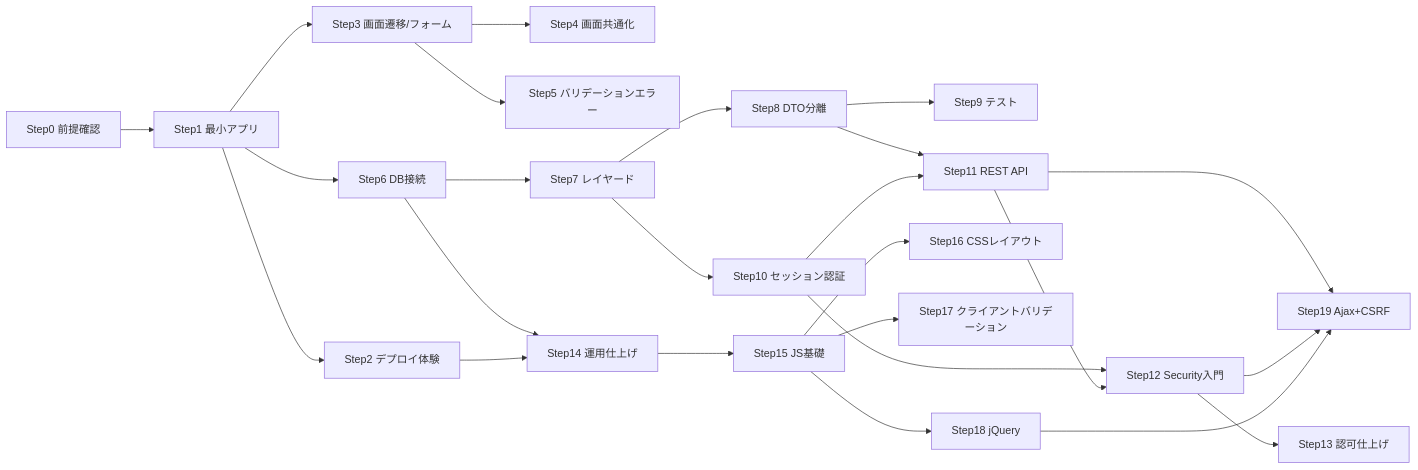
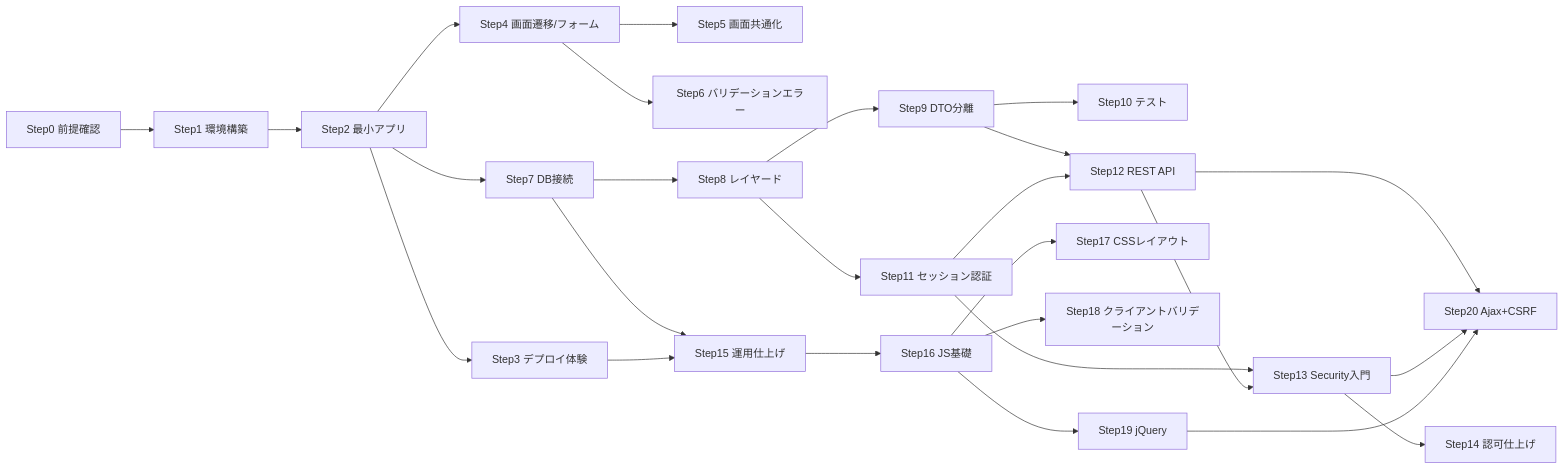
One commit to AsamiShingo/learning-springboot changed the diagram in references/curriculum-template.md. Above: the diagram before and after it, drawn with Mermaid. The commit also changed other lines of this file and 2 other files, not shown here.

Commit message:
STEP0を詳細化

````diff
--- a/references/curriculum-template.md
+++ b/references/curriculum-template.md
@@ -23,27 +23,28 @@
 ```mermaid
 graph LR
-  S0[Step0 前提確認] --> S1[Step1 最小アプリ]
-  S1 --> S2[Step2 デプロイ体験]
-  S1 --> S3[Step3 画面遷移/フォーム]
-  S3 --> S4[Step4 画面共通化]
-  S3 --> S5[Step5 バリデーションエラー]
-  S1 --> S6[Step6 DB接続]
-  S6 --> S7[Step7 レイヤード]
-  S7 --> S8[Step8 DTO分離]
-  S8 --> S9[Step9 テスト]
-  S7 --> S10[Step10 セッション認証]
-  S8 --> S11[Step11 REST API]
-  S10 --> S11
-  S10 --> S12[Step12 Security入門]
+  S0[Step0 前提確認] --> S1[Step1 環境構築]
+  S1 --> S2[Step2 最小アプリ]
+  S2 --> S3[Step3 デプロイ体験]
+  S2 --> S4[Step4 画面遷移/フォーム]
+  S4 --> S5[Step5 画面共通化]
+  S4 --> S6[Step6 バリデーションエラー]
+  S2 --> S7[Step7 DB接続]
+  S7 --> S8[Step8 レイヤード]
+  S8 --> S9[Step9 DTO分離]
+  S9 --> S10[Step10 テスト]
+  S8 --> S11[Step11 セッション認証]
+  S9 --> S12[Step12 REST API]
   S11 --> S12
-  S12 --> S13[Step13 認可仕上げ]
-  S6 --> S14[Step14 運用仕上げ]
-  S2 --> S14
-  S14 --> S15[Step15 JS基礎]
-  S15 --> S16[Step16 CSSレイアウト]
-  S15 --> S17[Step17 クライアントバリデーション]
-  S15 --> S18[Step18 jQuery]
-  S11 --> S19[Step19 Ajax+CSRF]
-  S12 --> S19
-  S18 --> S19
+  S11 --> S13[Step13 Security入門]
+  S12 --> S13
+  S13 --> S14[Step14 認可仕上げ]
+  S7 --> S15[Step15 運用仕上げ]
+  S3 --> S15
+  S15 --> S16[Step16 JS基礎]
+  S16 --> S17[Step17 CSSレイアウト]
+  S16 --> S18[Step18 クライアントバリデーション]
+  S16 --> S19[Step19 jQuery]
+  S12 --> S20[Step20 Ajax+CSRF]
+  S13 --> S20
+  S19 --> S20
 ```
````
